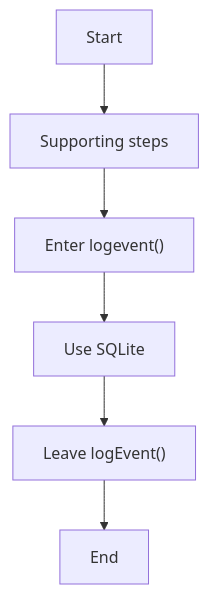
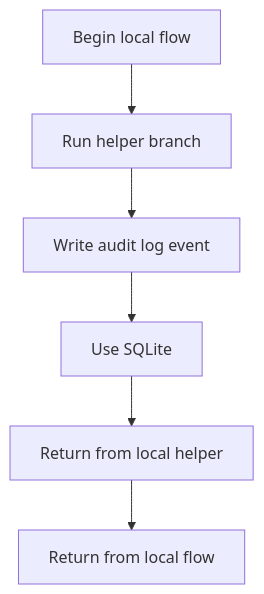
The first of 2 diagrams in docs/Codebase/Backend/src/services/logService.js.md (JohnAndrewBalbarosa/NeoTerritory), drawn with Mermaid before and after one commit. The commit also changed other lines of this file and 925 other files, not shown here.

````diff
--- a/docs/Codebase/Backend/src/services/logService.js.md
+++ b/docs/Codebase/Backend/src/services/logService.js.md
@@ -22,14 +21,14 @@
 ```mermaid
 flowchart TD
-    Start["Start"]
-    N0["Supporting steps"]
-    N1["Enter logevent()"]
+    Start["Begin local flow"]
+    N0["Run helper branch"]
+    N1["Write audit log event"]
     N2["Use SQLite"]
-    N3["Leave logEvent()"]
-    End["End"]
+    N3["Return from local helper"]
+    End["Return from local flow"]
     Start --> N0
     N0 --> N1
     N1 --> N2
     N2 --> N3
     N3 --> End
 ```
````
